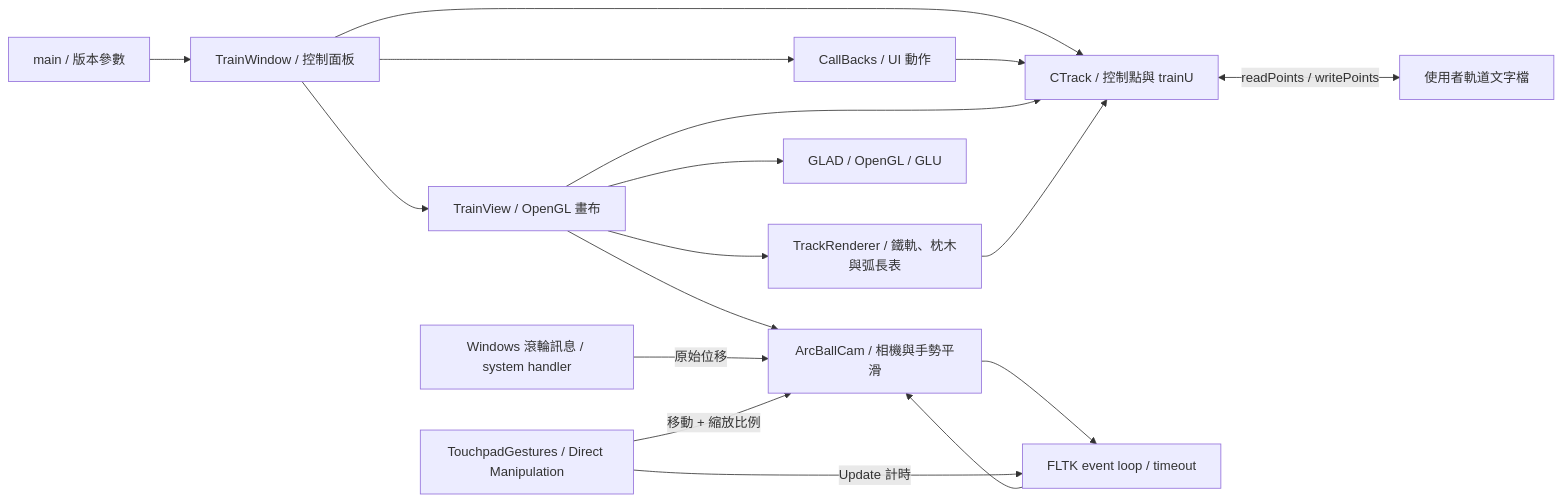
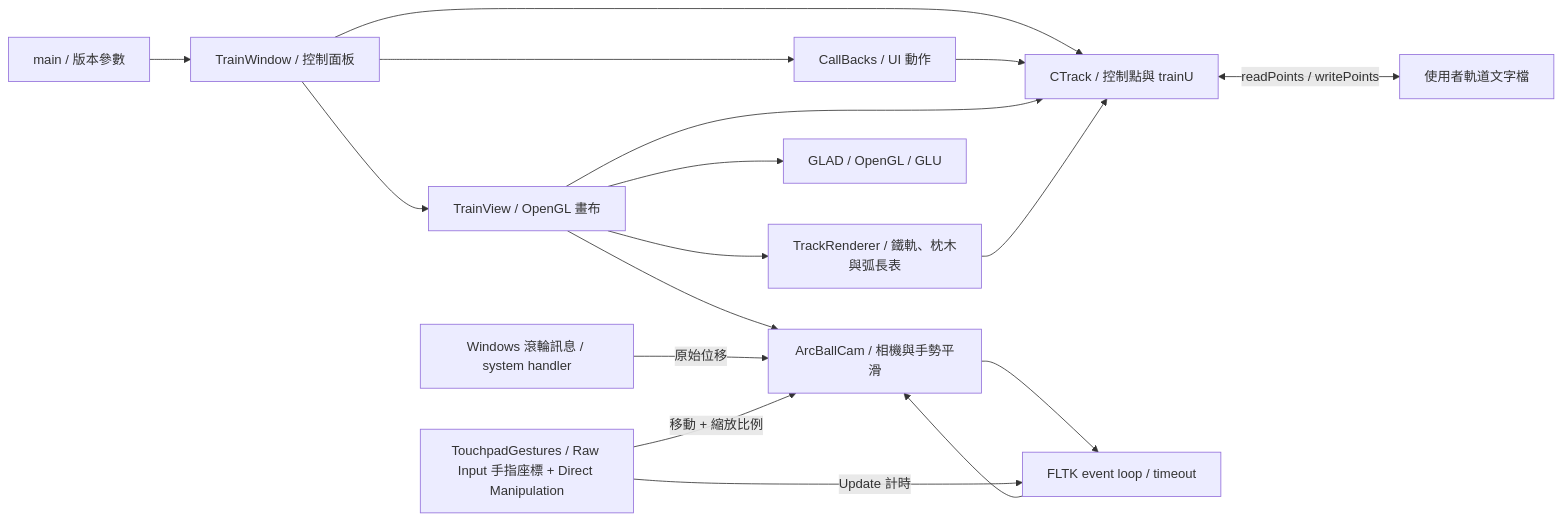
The diagram in docs/architecture.md (wj6wj6/RollerCoasters), drawn with Mermaid before and after one commit. The commit also changed other lines of this file and 4 other files, not shown here.

First line of the commit message:
fix(camera): read raw touchpad fingers so orbit and pinch combine

````diff
--- a/docs/architecture.md
+++ b/docs/architecture.md
@@ -3,19 +3,19 @@
 ```mermaid
 flowchart LR
     Main[main / 版本參數] --> Window[TrainWindow / 控制面板]
     Window --> View[TrainView / OpenGL 畫布]
     Window --> Track[CTrack / 控制點與 trainU]
     Window --> Callbacks[CallBacks / UI 動作]
     Callbacks --> Track
     View --> Track
     View --> Rails[TrackRenderer / 鐵軌、枕木與弧長表]
     Rails --> Track
     View --> Camera[ArcBallCam / 相機與手勢平滑]
     Camera --> Timer[FLTK event loop / timeout]
     Timer --> Camera
     Wheel[Windows 滾輪訊息 / system handler] -->|原始位移| Camera
-    Touchpad[TouchpadGestures / Direct Manipulation] -->|移動 + 縮放比例| Camera
+    Touchpad[TouchpadGestures / Raw Input 手指座標 + Direct Manipulation] -->|移動 + 縮放比例| Camera
     Touchpad -->|Update 計時| Timer
     Track <-->|readPoints / writePoints| File[使用者軌道文字檔]
     View --> GL[GLAD / OpenGL / GLU]
 ```
````
